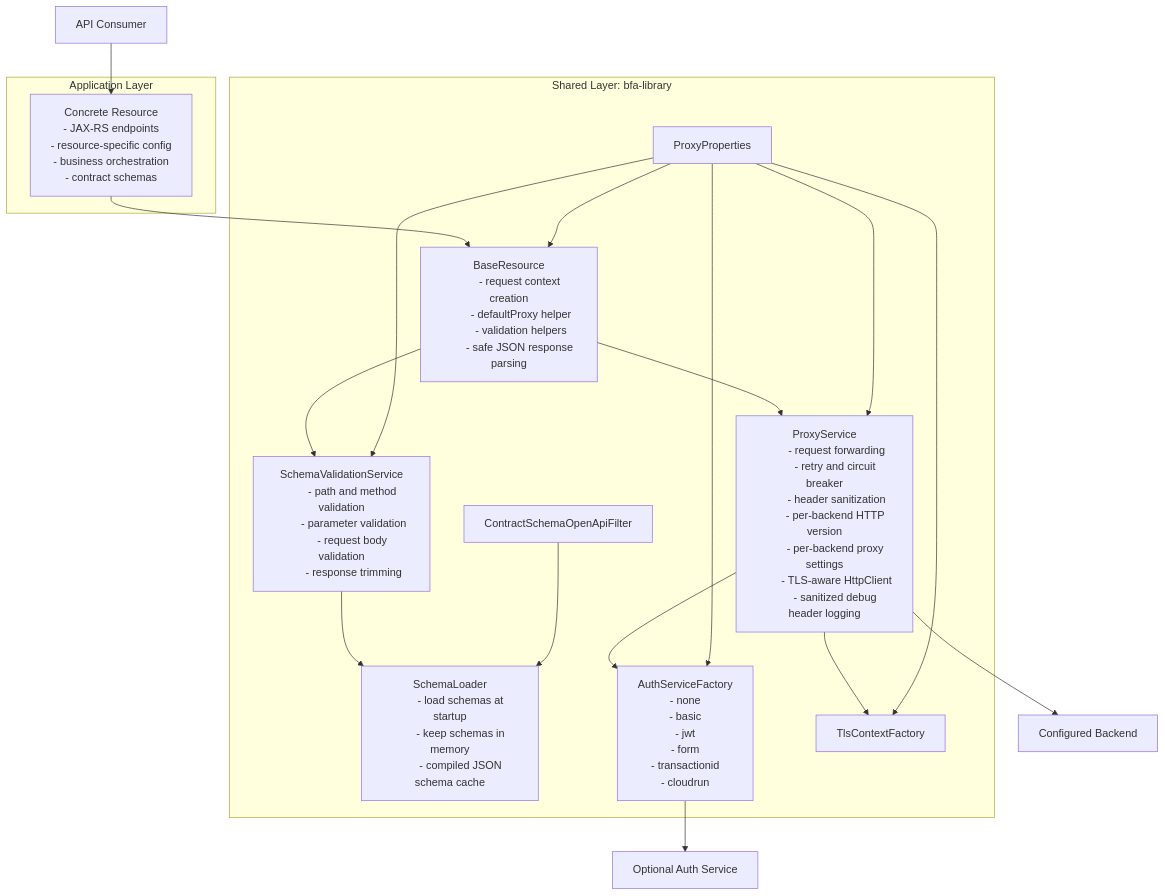
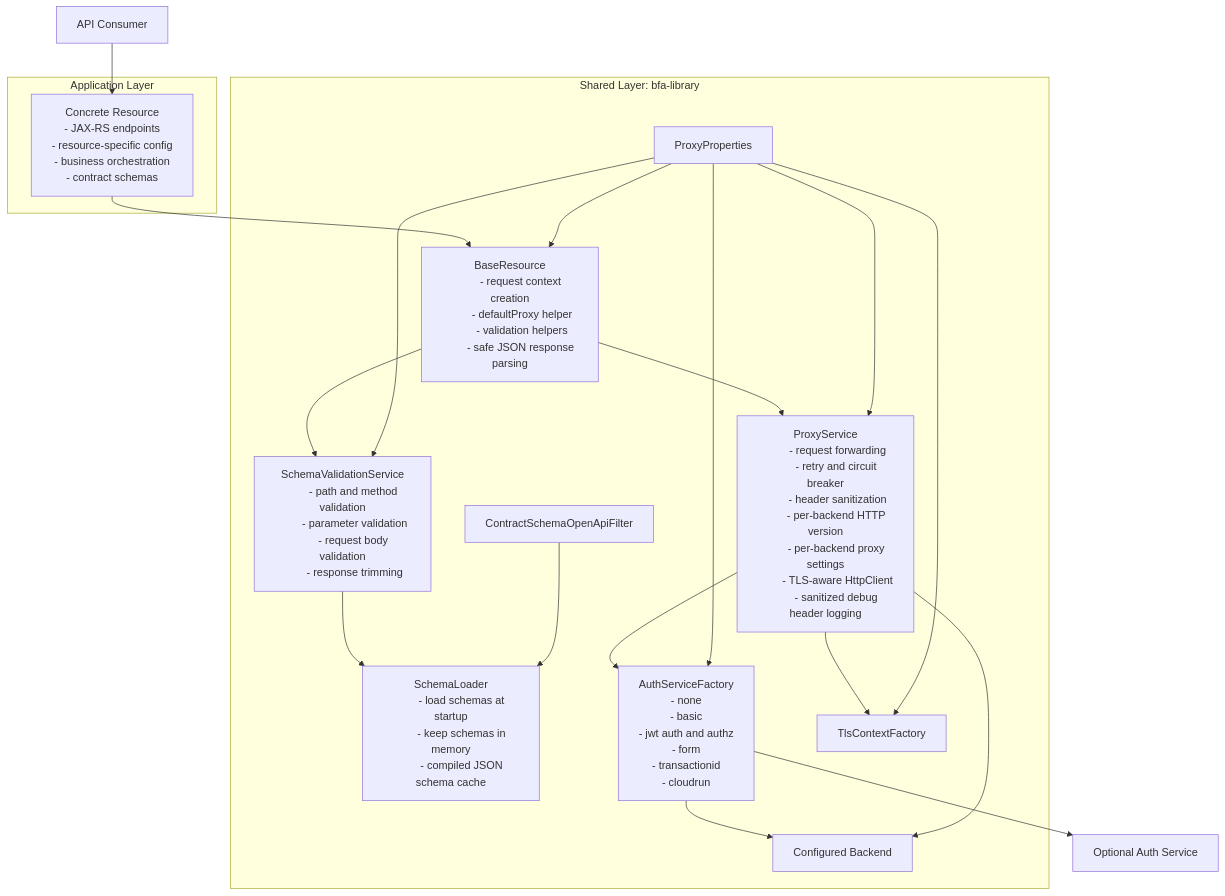
The diagram in library/README.md (cipianpascu/fixture), drawn with Mermaid before and after one commit. The commit also changed other lines of this file and 12 other files, not shown here.

````diff
--- a/library/README.md
+++ b/library/README.md
@@ -22,68 +22,75 @@
 ```mermaid
 flowchart TD
     A[API Consumer] --> B[Concrete Resource in application module]
 
     subgraph APP[Application Layer]
         B[Concrete Resource
         - JAX-RS endpoints
         - resource-specific config
         - business orchestration
         - contract schemas]
     end
 
     subgraph LIB[Shared Layer: bfa-library]
         C[BaseResource
         - request context creation
         - defaultProxy helper
         - validation helpers
         - safe JSON response parsing]
 
         D[SchemaValidationService
         - path and method validation
         - parameter validation
         - request body validation
         - response trimming]
 
         E[SchemaLoader
         - load schemas at startup
         - keep schemas in memory
         - compiled JSON schema cache]
 
         F[ProxyService
         - request forwarding
         - retry and circuit breaker
         - header sanitization
         - per-backend HTTP version
         - per-backend proxy settings
         - TLS-aware HttpClient
         - sanitized debug header logging]
 
         G[AuthServiceFactory
         - none
         - basic
-        - jwt
+        - jwt auth and authz
         - form
         - transactionid
         - cloudrun]
+
+        K[AuthServiceCaller
+        - shared auth and authz transport
+        - JSON and form posts
+        - Cloud Run auth-service identity
+        - auth-service TLS]
 
         H[TlsContextFactory]
         I[ContractSchemaOpenApiFilter]
         J[ProxyProperties]
     end
 
     B --> C
     C --> D
     C --> F
     D --> E
     F --> G
     F --> H
+    G --> K
     I --> E
     J --> C
     J --> D
     J --> F
     J --> G
     J --> H
 
     F --> K[Configured Backend]
     G --> L[Optional Auth Service]
 ```
````
